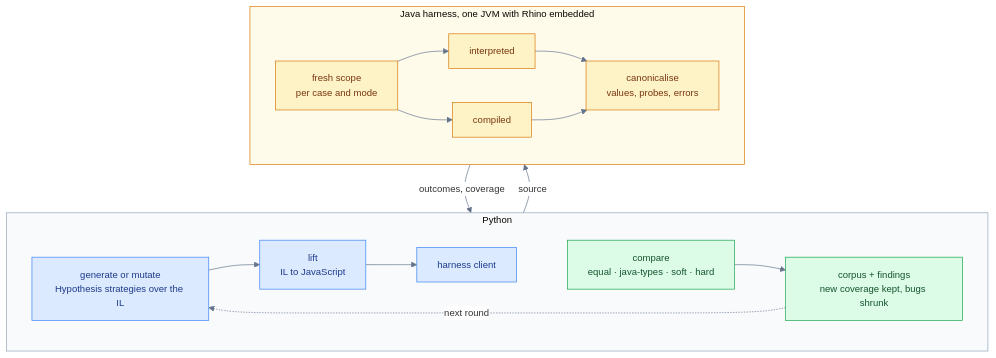
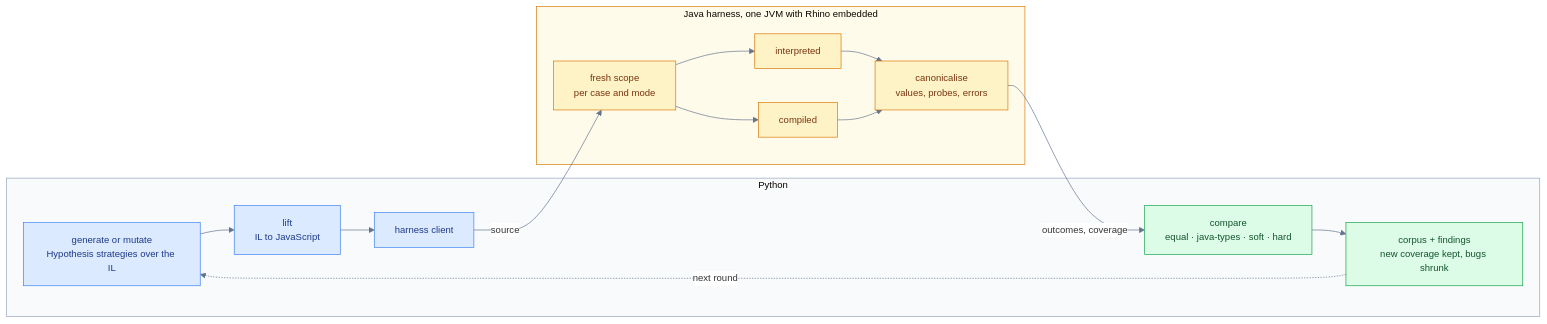
The diagram in README.md (gregcaban/oxpecker), drawn with Mermaid before and after one commit.

Commit message:
README diagram back to the side-by-side layout, colours kept

````diff
--- a/README.md
+++ b/README.md
@@ -10,25 +10,23 @@
 ```mermaid
 %%{init: {"theme": "base", "themeVariables": {"fontFamily": "ui-sans-serif, system-ui, sans-serif", "fontSize": "14px", "lineColor": "#64748b", "edgeLabelBackground": "#ffffff", "clusterBkg": "#f8fafc", "clusterBorder": "#94a3b8"}}}%%
-flowchart TB
+flowchart LR
     subgraph py["Python"]
-        direction LR
         G["generate or mutate<br/>Hypothesis strategies over the IL"] --> L["lift<br/>IL to JavaScript"] --> C["harness client"]
-        C ~~~ V["compare<br/>equal · java-types · soft · hard"] --> K["corpus + findings<br/>new coverage kept, bugs shrunk"]
+        V["compare<br/>equal · java-types · soft · hard"] --> K["corpus + findings<br/>new coverage kept, bugs shrunk"]
         K -. next round .-> G
     end
     subgraph jvm["Java harness, one JVM with Rhino embedded"]
-        direction LR
         H["fresh scope<br/>per case and mode"] --> I["interpreted"] --> N["canonicalise<br/>values, probes, errors"]
         H --> O["compiled"] --> N
     end
-    py -- "source" --> jvm
-    jvm -- "outcomes, coverage" --> py
+    C -- "source" --> H
+    N -- "outcomes, coverage" --> V
     classDef gen fill:#dbeafe,stroke:#3b82f6,color:#1e3a8a
     classDef rhino fill:#fef3c7,stroke:#d97706,color:#78350f
     classDef out fill:#dcfce7,stroke:#16a34a,color:#14532d
     class G,L,C gen
     class H,I,O,N rhino
     class V,K out
     style py fill:#f8fafc,stroke:#94a3b8,stroke-width:1px
     style jvm fill:#fffbeb,stroke:#d97706,stroke-width:1px
 ```
````
